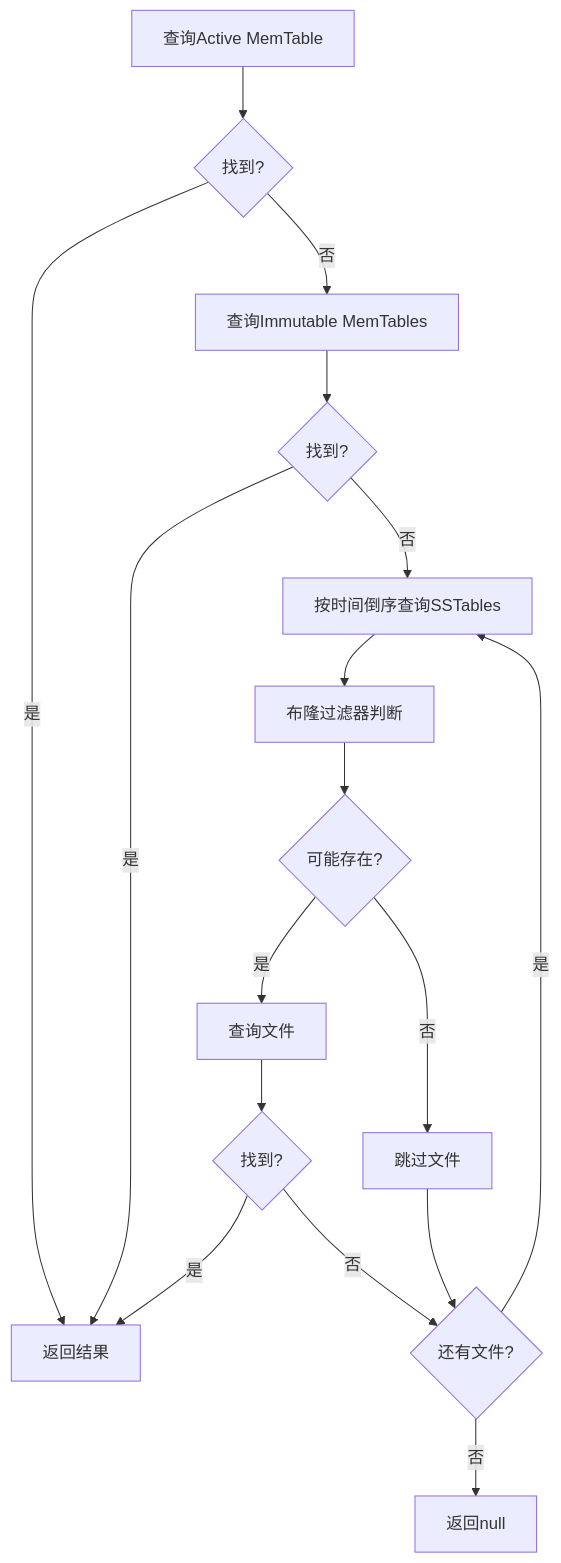
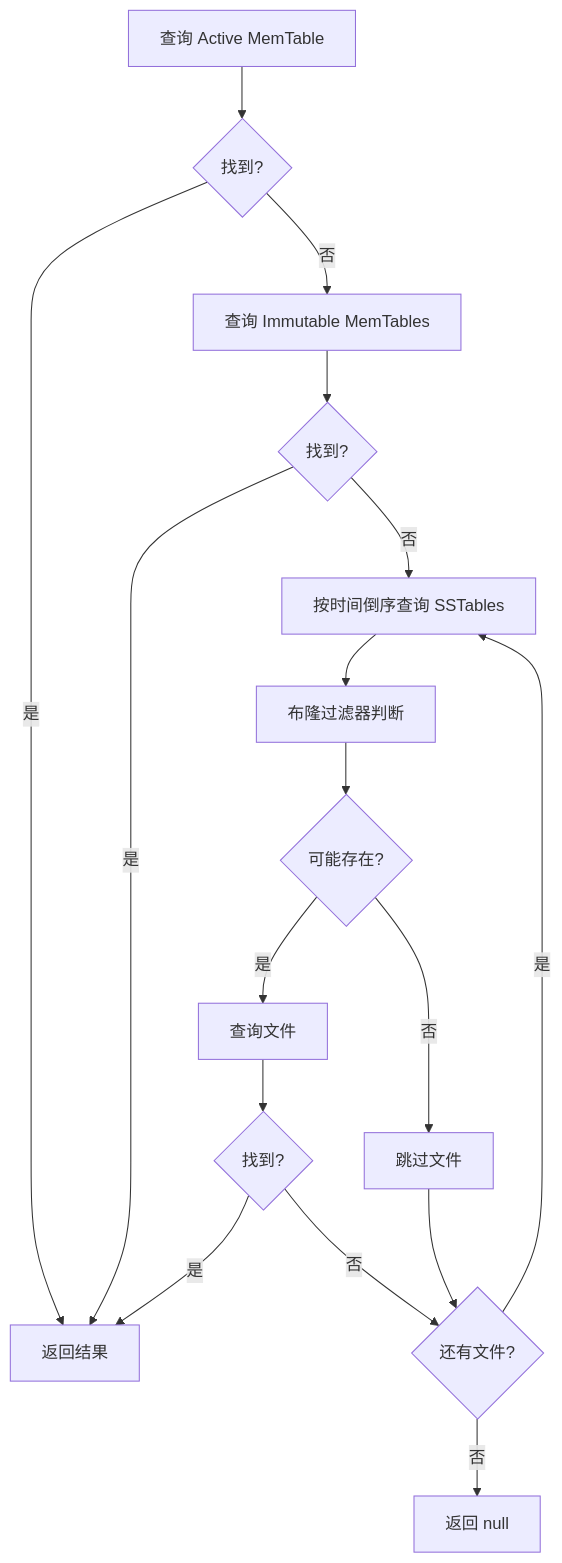
One commit to ForceInjection/java-lsm-tree changed the third of 3 diagrams in tutorials/01-lsm-tree-overview.md. Above: the diagram before and after it, drawn with Mermaid. The commit also changed other lines of this file and 33 other files, not shown here.

````diff
--- a/tutorials/01-lsm-tree-overview.md
+++ b/tutorials/01-lsm-tree-overview.md
@@ -151,19 +181,19 @@
 ```mermaid
 graph TD
-    A[查询Active MemTable] --> B{找到?}
+    A[查询 Active MemTable] --> B{找到?}
     B -->|是| C[返回结果]
-    B -->|否| D[查询Immutable MemTables]
+    B -->|否| D[查询 Immutable MemTables]
     D --> E{找到?}
     E -->|是| C
-    E -->|否| F[按时间倒序查询SSTables]
+    E -->|否| F[按时间倒序查询 SSTables]
     F --> G[布隆过滤器判断]
     G --> H{可能存在?}
     H -->|否| I[跳过文件]
     H -->|是| J[查询文件]
     J --> K{找到?}
     K -->|是| C
     K -->|否| L{还有文件?}
     L -->|是| F
-    L -->|否| M[返回null]
+    L -->|否| M[返回 null]
     I --> L
 ```
````
